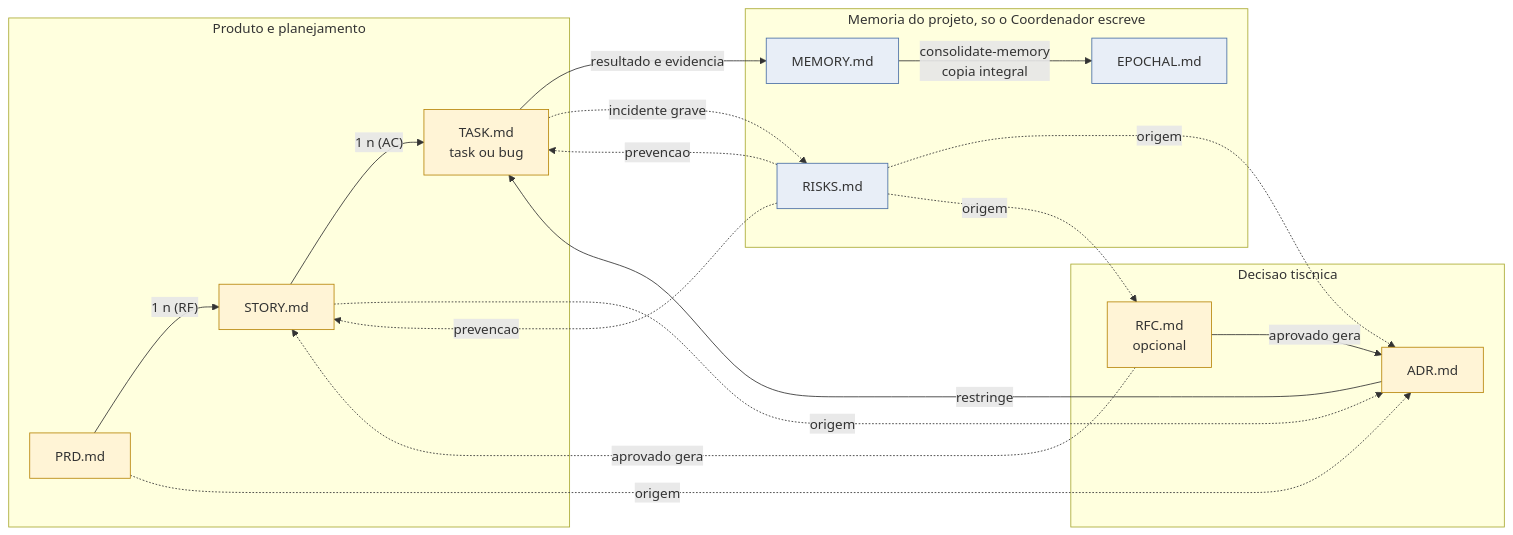
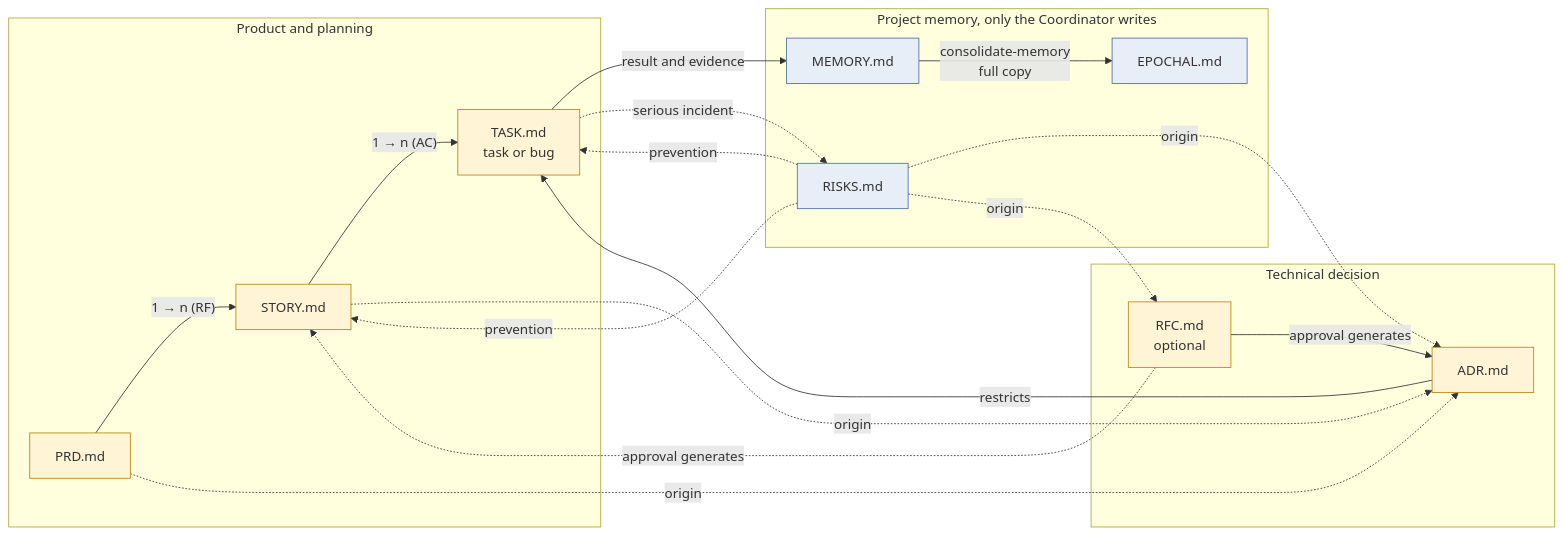
One commit to danielmalka/dev-harness changed the second of 2 diagrams in docs/en/tutorials/templates.md. Above: the diagram before and after it, drawn with Mermaid. The commit also changed other lines of this file and 55 other files, not shown here.

````diff
--- a/docs/en/tutorials/templates.md
+++ b/docs/en/tutorials/templates.md
@@ -86,32 +86,32 @@
 ```mermaid
 flowchart LR
-    subgraph produto[Produto e planejamento]
-        PRD[PRD.md] -->|"1  n (RF)"| STORY[STORY.md]
-        STORY -->|"1  n (AC)"| TASK[TASK.md<br/>task ou bug]
+    subgraph produto[Product and planning]
+        PRD[PRD.md] -->|"1 → n (RF)"| STORY[STORY.md]
+        STORY -->|"1 → n (AC)"| TASK[TASK.md<br/>task or bug]
     end
 
-    subgraph decisao[Decisao tiscnica]
-        RFC[RFC.md<br/>opcional] -->|aprovado gera| ADR[ADR.md]
-        RFC -.->|aprovado gera| STORY
-        ADR -->|restringe| TASK
-        PRD -.->|origem| ADR
-        STORY -.->|origem| ADR
+    subgraph decisao[Technical decision]
+        RFC[RFC.md<br/>optional] -->|approval generates| ADR[ADR.md]
+        RFC -.->|approval generates| STORY
+        ADR -->|restricts| TASK
+        PRD -.->|origin| ADR
+        STORY -.->|origin| ADR
     end
 
-    subgraph memoria["Memoria do projeto, so o Coordenador escreve"]
-        MEMORY[MEMORY.md] -->|consolidate-memory<br/>copia integral| EPOCHAL[EPOCHAL.md]
+    subgraph memoria["Project memory, only the Coordinator writes"]
+        MEMORY[MEMORY.md] -->|consolidate-memory<br/>full copy| EPOCHAL[EPOCHAL.md]
         RISKS[RISKS.md]
     end
 
-    TASK -->|resultado e evidencia| MEMORY
-    TASK -.->|incidente grave| RISKS
-    RISKS -.->|prevencao| STORY
-    RISKS -.->|prevencao| TASK
-    RISKS -.->|origem| ADR
-    RISKS -.->|origem| RFC
+    TASK -->|result and evidence| MEMORY
+    TASK -.->|serious incident| RISKS
+    RISKS -.->|prevention| STORY
+    RISKS -.->|prevention| TASK
+    RISKS -.->|origin| ADR
+    RISKS -.->|origin| RFC
 
     classDef doc fill:#fff4d6,stroke:#b8860b
     classDef mem fill:#e8eef7,stroke:#4a6fa5
     class PRD,STORY,TASK,ADR,RFC doc
     class MEMORY,EPOCHAL,RISKS mem
 ```
````
